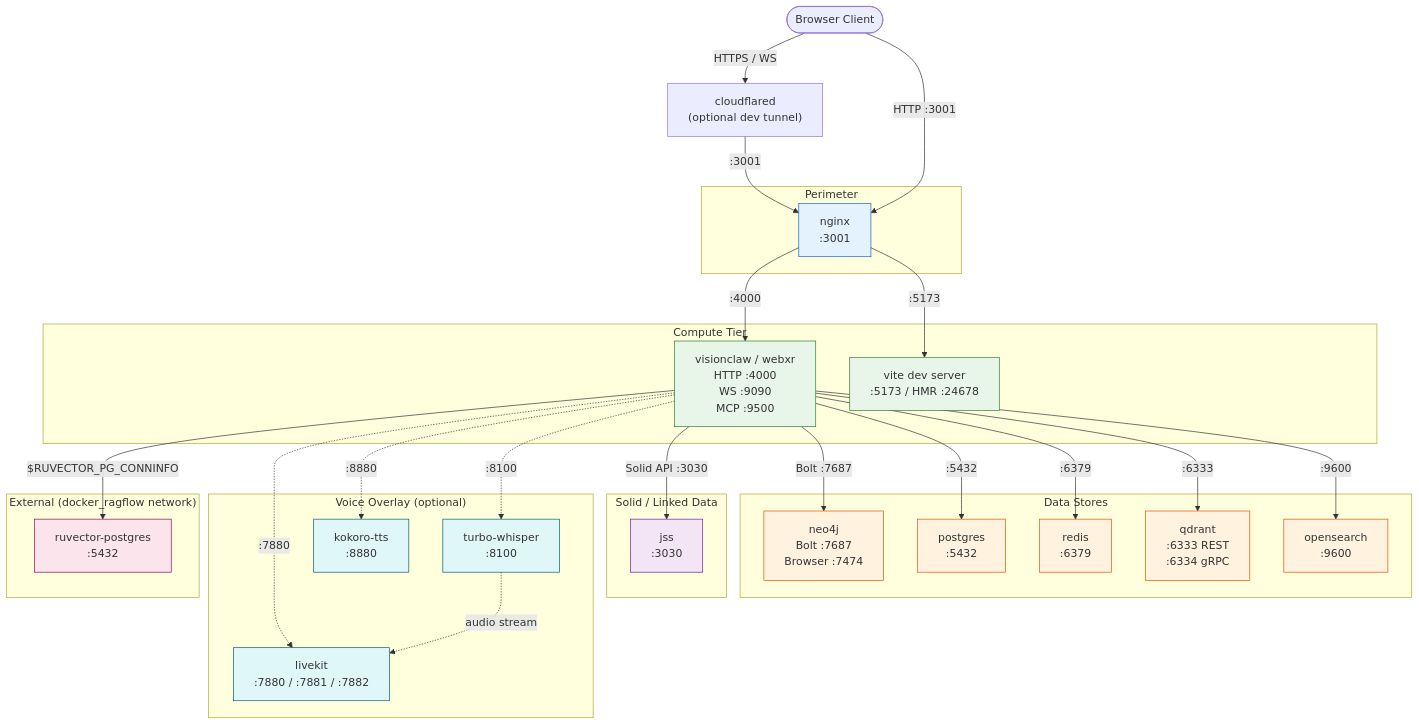
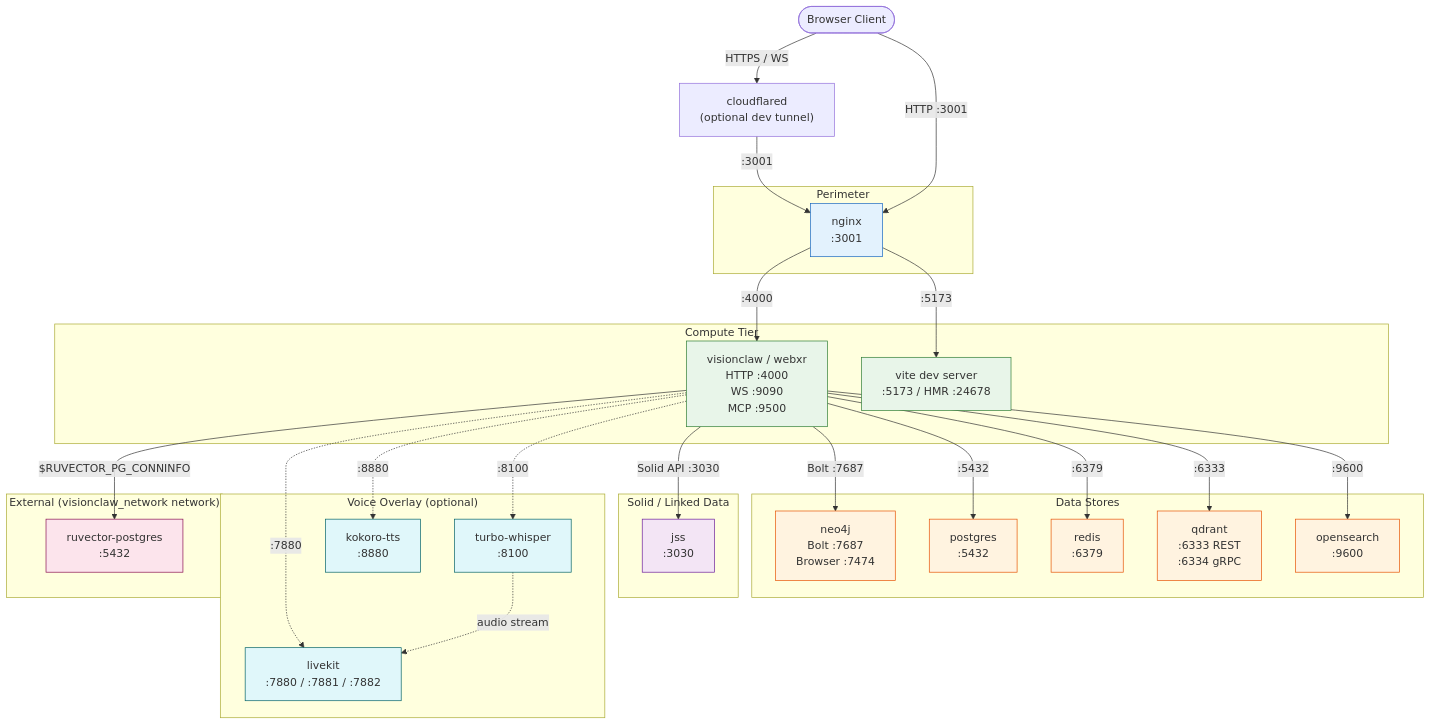
One commit to shaneholloman/logseq-spring-thing changed the first of 3 diagrams in docs/explanation/deployment-topology.md. Above: the diagram before and after it, drawn with Mermaid. The commit also changed other lines of this file and 38 other files, not shown here.

First line of the commit message:
chore(network): docker_ragflow → visionclaw_network across stack + agentbox submodule

````diff
--- a/docs/explanation/deployment-topology.md
+++ b/docs/explanation/deployment-topology.md
@@ -47,70 +47,70 @@
 ```mermaid
 graph TB
     Browser(["Browser Client"])
     CF["cloudflared\n(optional dev tunnel)"]
 
     subgraph Perimeter ["Perimeter"]
         Nginx["nginx\n:3001"]
     end
 
     subgraph Compute ["Compute Tier"]
         VC["visionclaw / webxr\nHTTP :4000\nWS :9090\nMCP :9500"]
         Vite["vite dev server\n:5173 / HMR :24678"]
     end
 
     subgraph DataStores ["Data Stores"]
         Neo4j["neo4j\nBolt :7687\nBrowser :7474"]
         PG["postgres\n:5432"]
         Redis["redis\n:6379"]
         QD["qdrant\n:6333 REST\n:6334 gRPC"]
         OS["opensearch\n:9600"]
     end
 
     subgraph SolidLayer ["Solid / Linked Data"]
         JSS["jss\n:3030"]
     end
 
     subgraph VoiceOverlay ["Voice Overlay (optional)"]
         LK["livekit\n:7880 / :7881 / :7882"]
         Whisper["turbo-whisper\n:8100"]
         Kokoro["kokoro-tts\n:8880"]
     end
 
-    subgraph ExternalNetwork ["External (docker_ragflow network)"]
+    subgraph ExternalNetwork ["External (visionclaw_network network)"]
         RUV["ruvector-postgres\n:5432"]
     end
 
     Browser -->|"HTTPS / WS"| CF
     CF -->|":3001"| Nginx
     Browser -->|"HTTP :3001"| Nginx
 
     Nginx -->|":4000"| VC
     Nginx -->|":5173"| Vite
 
     VC -->|"Bolt :7687"| Neo4j
     VC -->|":5432"| PG
     VC -->|":6379"| Redis
     VC -->|":6333"| QD
     VC -->|":9600"| OS
     VC -->|"Solid API :3030"| JSS
     VC -.->|":7880"| LK
     VC -.->|":8100"| Whisper
     VC -.->|":8880"| Kokoro
     VC -->|"$RUVECTOR_PG_CONNINFO"| RUV
 
     Whisper -.->|"audio stream"| LK
 
     classDef perimeter fill:#e3f2fd,stroke:#1565c0
     classDef compute fill:#e8f5e9,stroke:#2e7d32
     classDef store fill:#fff3e0,stroke:#e65100
     classDef solid fill:#f3e5f5,stroke:#6a1b9a
     classDef voice fill:#e0f7fa,stroke:#006064
     classDef external fill:#fce4ec,stroke:#880e4f
 
     class Nginx perimeter
     class VC,Vite compute
     class Neo4j,PG,Redis,QD,OS store
     class JSS solid
     class LK,Whisper,Kokoro voice
     class RUV external
 ```
````
